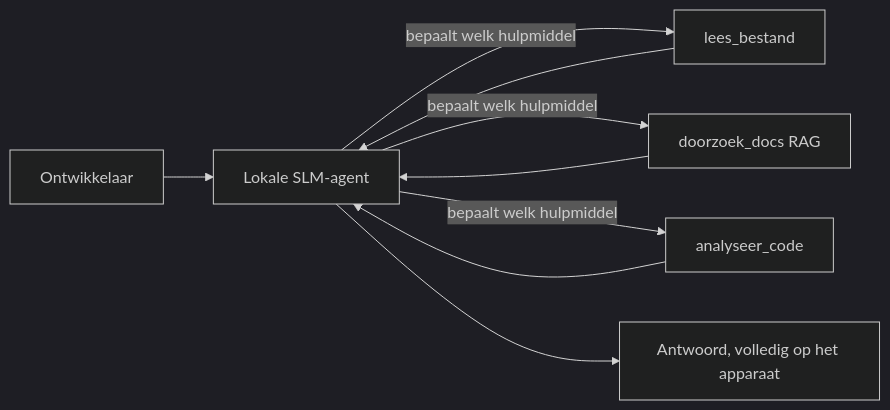
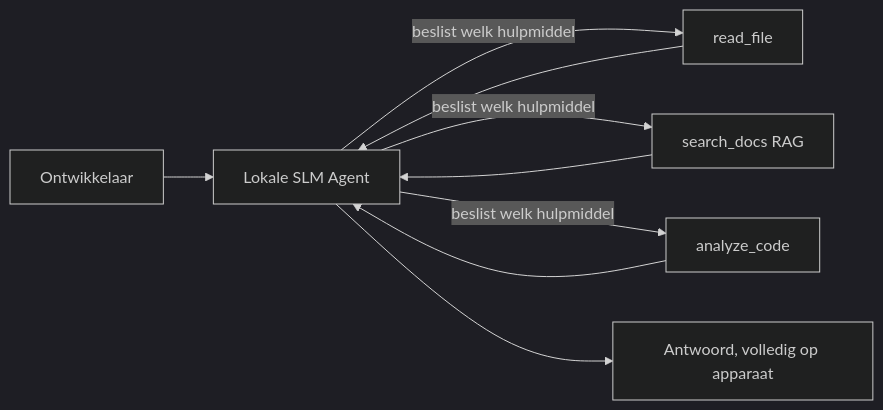
One commit to gabrielmoreira/agent-skills-mirror changed the first of 4 diagrams in mirrors/repos/microsoft@ai-agents-for-beginners/translations/nl/17-creating-local-ai-agents/README.md. Above: the diagram before and after it, drawn with Mermaid (dark theme). The commit also changed other lines of this file and 4262 other files, not shown here.

````diff
--- a/mirrors/repos/microsoft@ai-agents-for-beginners/translations/nl/17-creating-local-ai-agents/README.md
+++ b/mirrors/repos/microsoft@ai-agents-for-beginners/translations/nl/17-creating-local-ai-agents/README.md
@@ -66,11 +66,11 @@
 ```mermaid
 flowchart LR
-    U[Ontwikkelaar] --> A[Lokale SLM-agent]
-    A -->|bepaalt welk hulpmiddel| T1[lees_bestand]
-    A -->|bepaalt welk hulpmiddel| T2[doorzoek_docs RAG]
-    A -->|bepaalt welk hulpmiddel| T3[analyseer_code]
+    U[Ontwikkelaar] --> A[Lokale SLM Agent]
+    A -->|beslist welk hulpmiddel| T1[read_file]
+    A -->|beslist welk hulpmiddel| T2[search_docs RAG]
+    A -->|beslist welk hulpmiddel| T3[analyze_code]
     T1 --> A
     T2 --> A
     T3 --> A
-    A --> R[Antwoord, volledig op het apparaat]
+    A --> R[Antwoord, volledig op apparaat]
 ```
````
